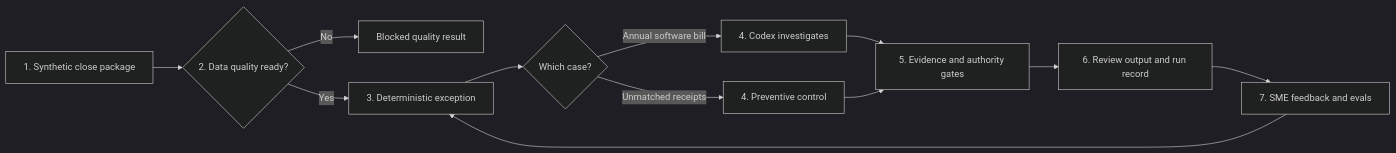
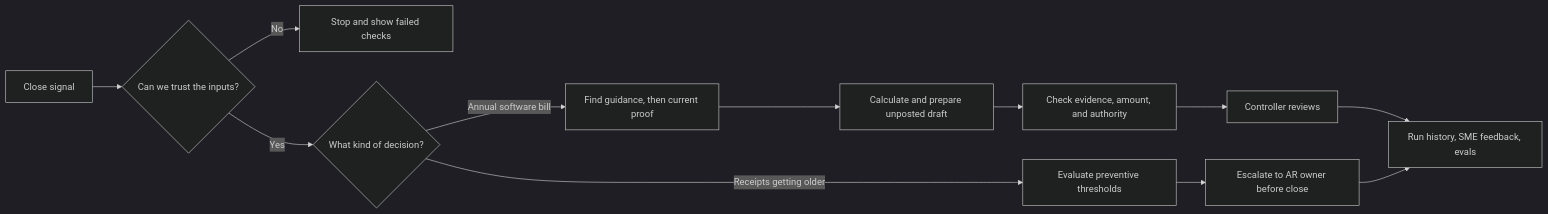
One commit to JayeetaP/datacamp-financial-controller-agents changed the first of 5 diagrams in docs/process-design.md. Above: the diagram before and after it, drawn with Mermaid (dark theme). The commit also changed other lines of this file and 1 other file, not shown here.

Commit message:
Lead demo flow with controller questions

````diff
--- a/docs/process-design.md
+++ b/docs/process-design.md
@@ -9,14 +25,14 @@
 ```mermaid
 flowchart LR
-    P["1. Synthetic close package"] --> Q{"2. Data quality ready?"}
-    Q -- "No" --> B["Blocked quality result"]
-    Q -- "Yes" --> D["3. Deterministic exception"]
-    D --> C{"Which case?"}
-    C -- "Annual software bill" --> A["4. Codex investigates"]
-    C -- "Unmatched receipts" --> R["4. Preventive control"]
-    A --> G["5. Evidence and authority gates"]
-    R --> G
-    G --> O["6. Review output and run record"]
-    O --> F["7. SME feedback and evals"]
-    F --> D
+    SIGNAL["Close signal"] --> TRUST{"Can we trust the inputs?"}
+    TRUST -- "No" --> STOP["Stop and show failed checks"]
+    TRUST -- "Yes" --> CASE{"What kind of decision?"}
+    CASE -- "Annual software bill" --> PROOF["Find guidance, then current proof"]
+    PROOF --> MATH["Calculate and prepare unposted draft"]
+    MATH --> AUDIT["Check evidence, amount, and authority"]
+    AUDIT --> REVIEW["Controller reviews"]
+    CASE -- "Receipts getting older" --> RULE["Evaluate preventive thresholds"]
+    RULE --> ESC["Escalate to AR owner before close"]
+    REVIEW --> LEARN["Run history, SME feedback, evals"]
+    ESC --> LEARN
 ```
````
